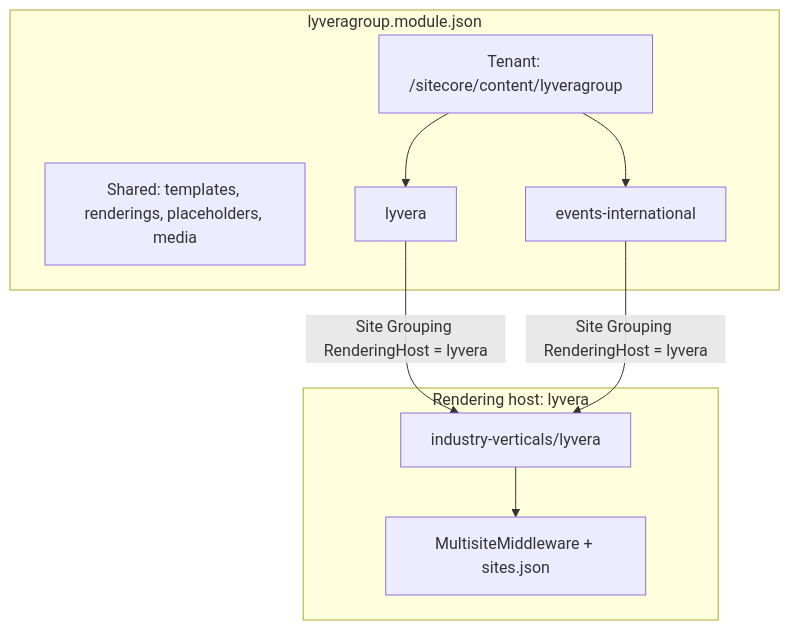
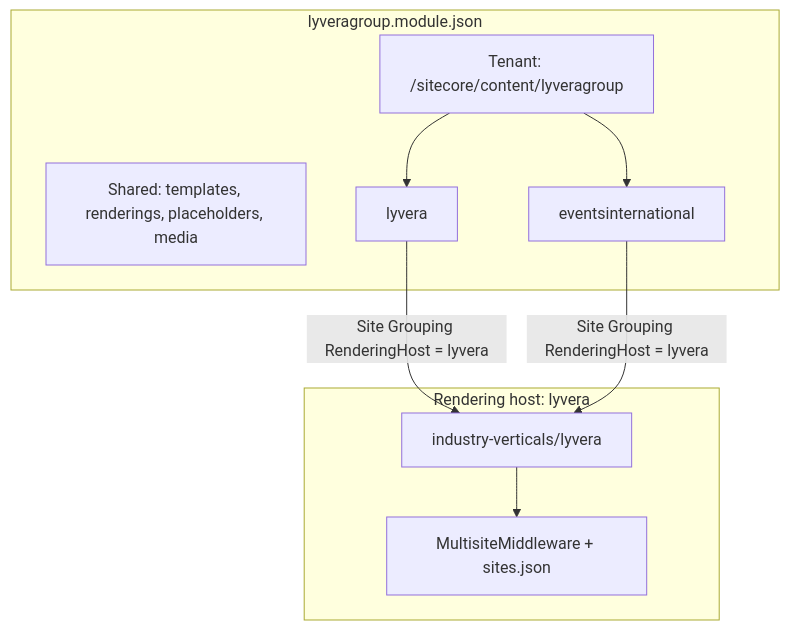
Before and after one commit to sumithpdd/spd_Sitecore.Demo.SitecoreAI.IndustryVerticals.SiteTemplates: the first of 2 diagrams in docs/LYVERA.md, drawn with Mermaid. The commit also changed other lines of this file and 66 other files, not shown here.

````diff
--- a/docs/LYVERA.md
+++ b/docs/LYVERA.md
@@ -17,16 +17,16 @@
 ```mermaid
 flowchart TB
   subgraph module ["lyveragroup.module.json"]
     shared["Shared: templates, renderings, placeholders, media"]
     tenant["Tenant: /sitecore/content/lyveragroup"]
     lyvera["lyvera"]
-    ei["events-international"]
+    ei["eventsinternational"]
   end
   subgraph host ["Rendering host: lyvera"]
     app["industry-verticals/lyvera"]
     mw["MultisiteMiddleware + sites.json"]
   end
   tenant --> lyvera & ei
   lyvera & ei -->|"Site Grouping RenderingHost = lyvera"| app
   app --> mw
 ```
````
